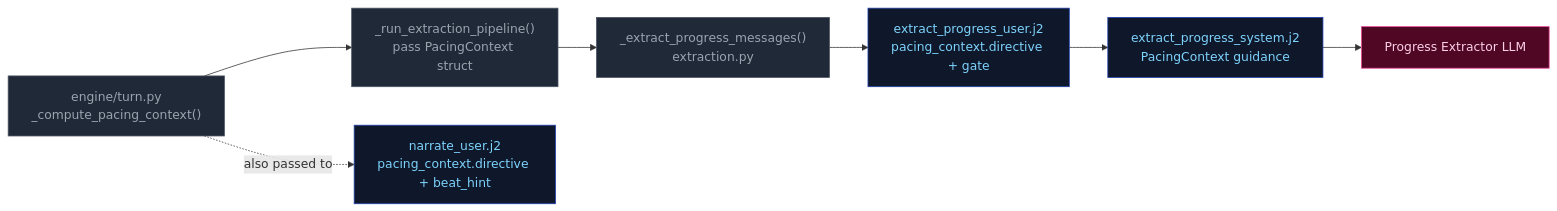
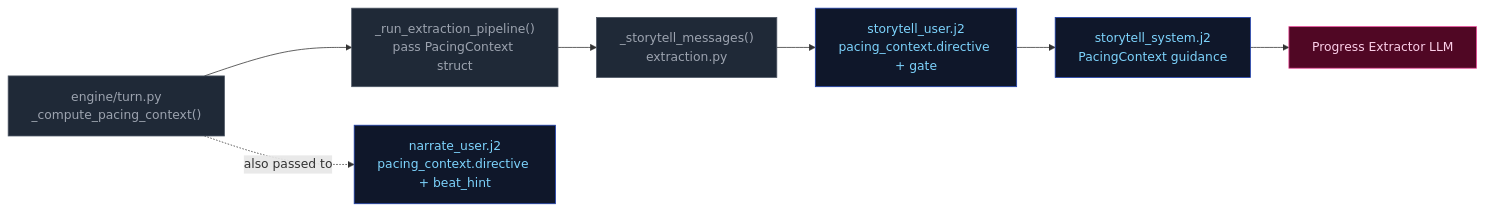
The second of 2 diagrams in docs/architecture/pacing-context.md (pww217/fablethread), drawn with Mermaid before and after one commit. The commit also changed other lines of this file and 51 other files, not shown here.

First line of the commit message:
Complete ruling/storytell rename: replace 'rules' and 'progress' naming across entire codebase

````diff
--- a/docs/architecture/pacing-context.md
+++ b/docs/architecture/pacing-context.md
@@ -57,17 +57,17 @@
 ```mermaid
 flowchart LR
     classDef pyNode fill:#1f2937,color:#9ca3af,stroke:#4b5563
     classDef prompt fill:#0f172a,color:#7dd3fc,stroke:#1e40af
     classDef extractor fill:#500724,color:#fbcfe8,stroke:#ec4899
 
     TURN["engine/turn.py<br>_compute_pacing_context()"]:::pyNode
     PIPELINE["_run_extraction_pipeline()<br>pass PacingContext struct"]:::pyNode
-    EXTRACT_FN["_extract_progress_messages()<br>extraction.py"]:::pyNode
-    USER_TMPL["extract_progress_user.j2<br>pacing_context.directive + gate"]:::prompt
-    SYS_TMPL["extract_progress_system.j2<br>PacingContext guidance"]:::prompt
+    EXTRACT_FN["_storytell_messages()<br>extraction.py"]:::pyNode
+    USER_TMPL["storytell_user.j2<br>pacing_context.directive + gate"]:::prompt
+    SYS_TMPL["storytell_system.j2<br>PacingContext guidance"]:::prompt
     NARRATE_TMPL["narrate_user.j2<br>pacing_context.directive + beat_hint"]:::prompt
 
     TURN --> PIPELINE --> EXTRACT_FN --> USER_TMPL
     USER_TMPL --> SYS_TMPL --> EXTRACTOR["Progress Extractor LLM"]:::extractor
     TURN -. "also passed to" .-> NARRATE_TMPL
 ```
````
